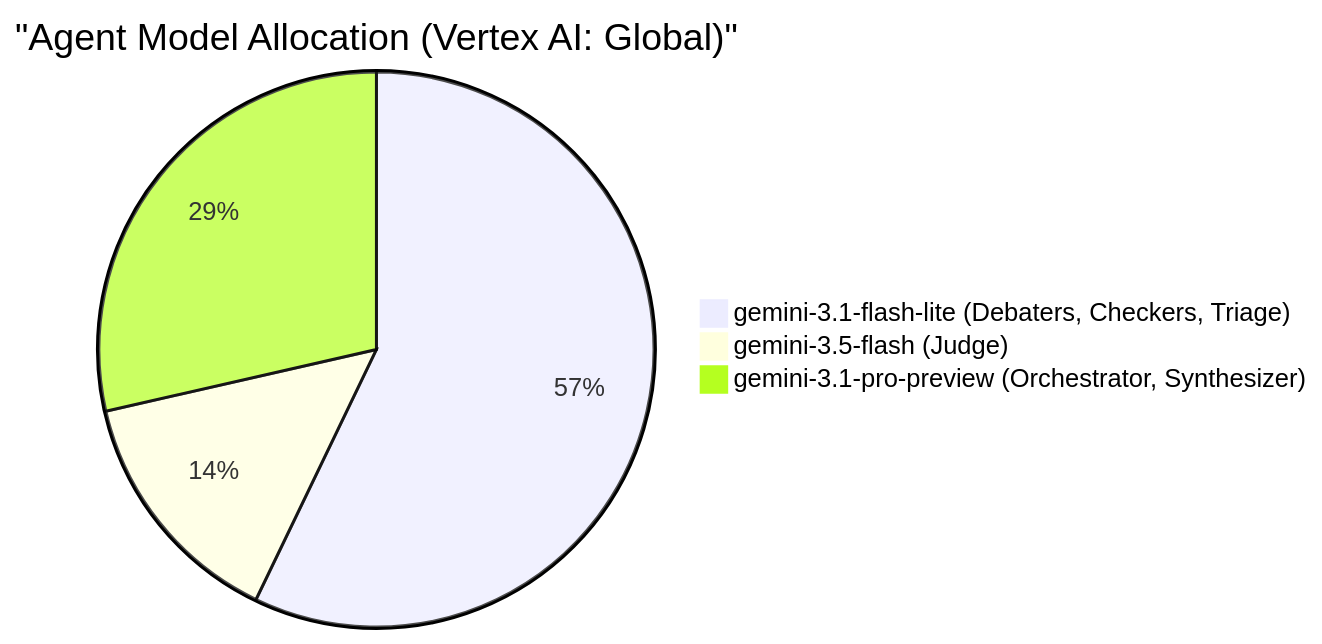
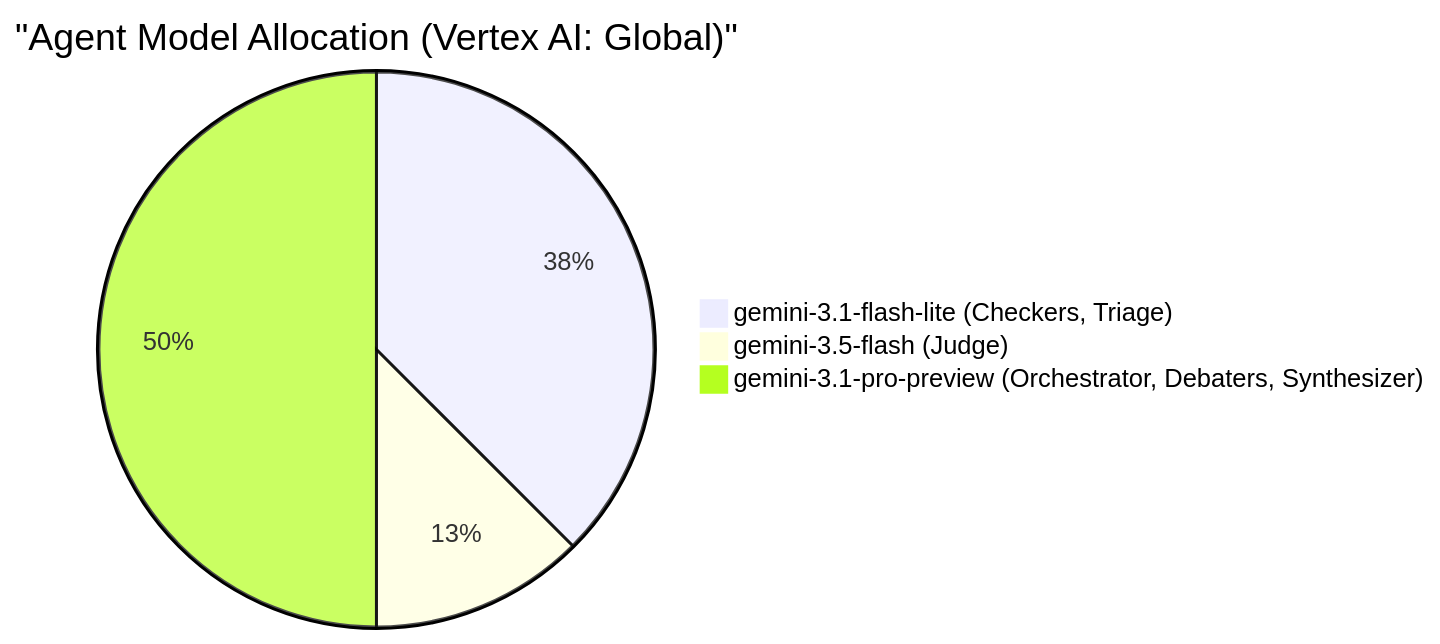
The third of 3 diagrams in DIAGRAMS.md (ears/socratic-duel), drawn with Mermaid before and after one commit. The commit also changed other lines of this file and 1 other file, not shown here.

Commit message:
docs: fix mermaid parse error and update Tri-Model allocations

````diff
--- a/DIAGRAMS.md
+++ b/DIAGRAMS.md
@@ -70,6 +70,6 @@
 ```mermaid
 pie title "Agent Model Allocation (Vertex AI: Global)"
-    "gemini-3.1-flash-lite (Debaters, Checkers, Triage)" : 4
+    "gemini-3.1-flash-lite (Checkers, Triage)" : 3
     "gemini-3.5-flash (Judge)" : 1
-    "gemini-3.1-pro-preview (Orchestrator, Synthesizer)" : 2
+    "gemini-3.1-pro-preview (Orchestrator, Debaters, Synthesizer)" : 4
 ```
````
